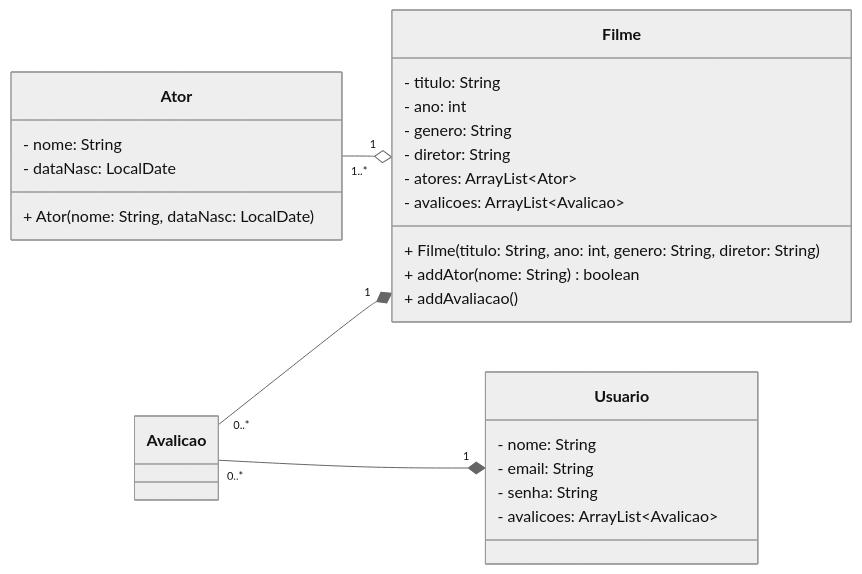
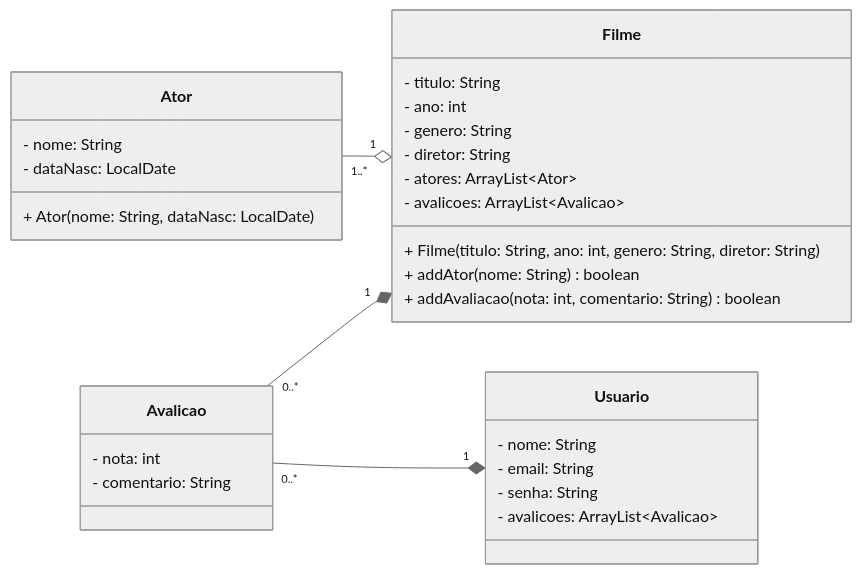
Before and after one commit to sfvini/POO: the second of 2 diagrams in lab_04/README.md, drawn with Mermaid (neutral theme).

Commit message:
Modify addAvaliacao method to include parameters
Updated method signature for addAvaliacao in Filme class.

````diff
--- a/lab_04/README.md
+++ b/lab_04/README.md
@@ -62,36 +62,38 @@
 ```mermaid
 classDiagram
     direction LR
 
     Ator"1..*" --o "1"Filme
     Avalicao"0..*" --* "1"Usuario
     Avalicao"0..*" --* "1"Filme
 
     class Filme {
         - titulo: String
         - ano:  int
         - genero: String
         - diretor: String
         - atores: ArrayList~Ator~
         - avalicoes: ArrayList~Avalicao~
         + Filme(titulo: String, ano: int, genero: String, diretor: String) 
         + addAtor(nome: String) boolean
-        + addAvaliacao()
+        + addAvaliacao(nota: int, comentario: String) boolean
     }
     
     class Ator {
         - nome: String
         - dataNasc: LocalDate
         + Ator(nome: String, dataNasc: LocalDate)
     }
     
     class Usuario {
         - nome: String
         - email: String
         - senha: String
         - avalicoes: ArrayList~Avalicao~
     }
     
     class Avalicao {
+        - nota: int
+        - comentario: String
     }
 ```
````
